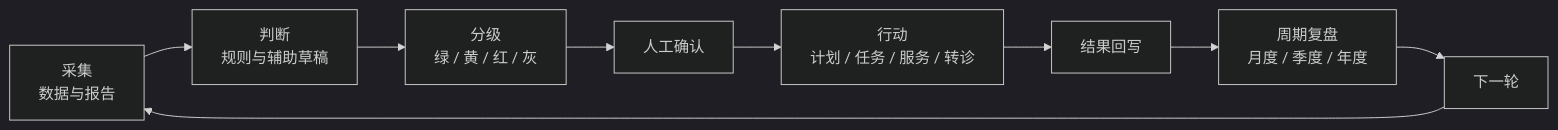
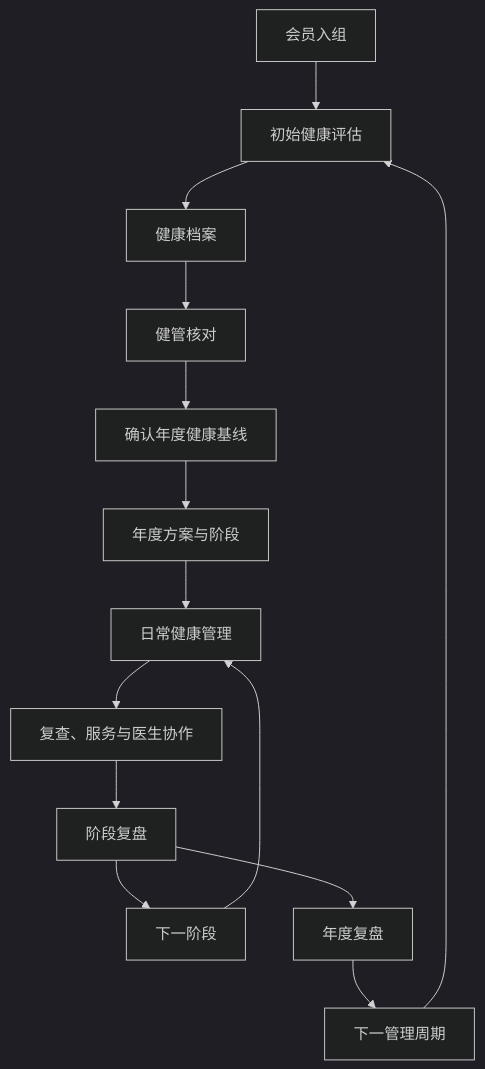
The first of 3 diagrams in README_zh.md (KaedeharaT/executive-healthops), drawn with Mermaid (dark theme) before and after one commit. The commit also changed other lines of this file and 10 other files, not shown here.

````diff
--- a/README_zh.md
+++ b/README_zh.md
@@ -24,11 +45,16 @@
 ```mermaid
-flowchart LR
-    A[采集<br/>数据与报告] --> B[判断<br/>规则与辅助草稿]
-    B --> C[分级<br/>绿 / 黄 / 红 / 灰]
-    C --> D[人工确认]
-    D --> E[行动<br/>计划 / 任务 / 服务 / 转诊]
-    E --> F[结果回写]
-    F --> G[周期复盘<br/>月度 / 季度 / 年度]
-    G --> H[下一轮]
-    H --> A
+flowchart TD
+    A[会员入组] --> B[初始健康评估]
+    B --> C[健康档案]
+    C --> D[健管核对]
+    D --> E[确认年度健康基线]
+    E --> F[年度方案与阶段]
+    F --> G[日常健康管理]
+    G --> H[复查、服务与医生协作]
+    H --> I[阶段复盘]
+    I --> J[下一阶段]
+    J --> G
+    I --> K[年度复盘]
+    K --> L[下一管理周期]
+    L --> B
 ```
````
